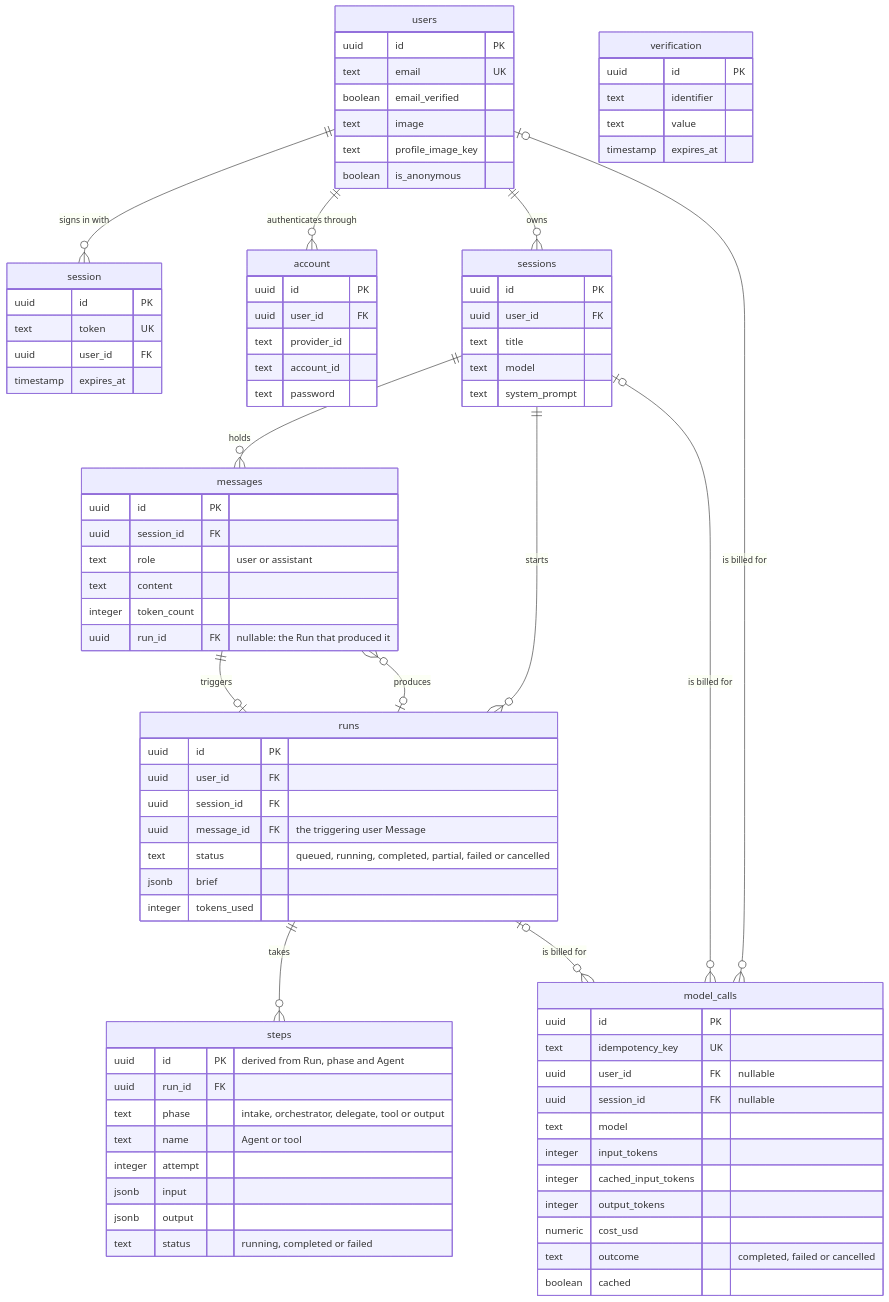
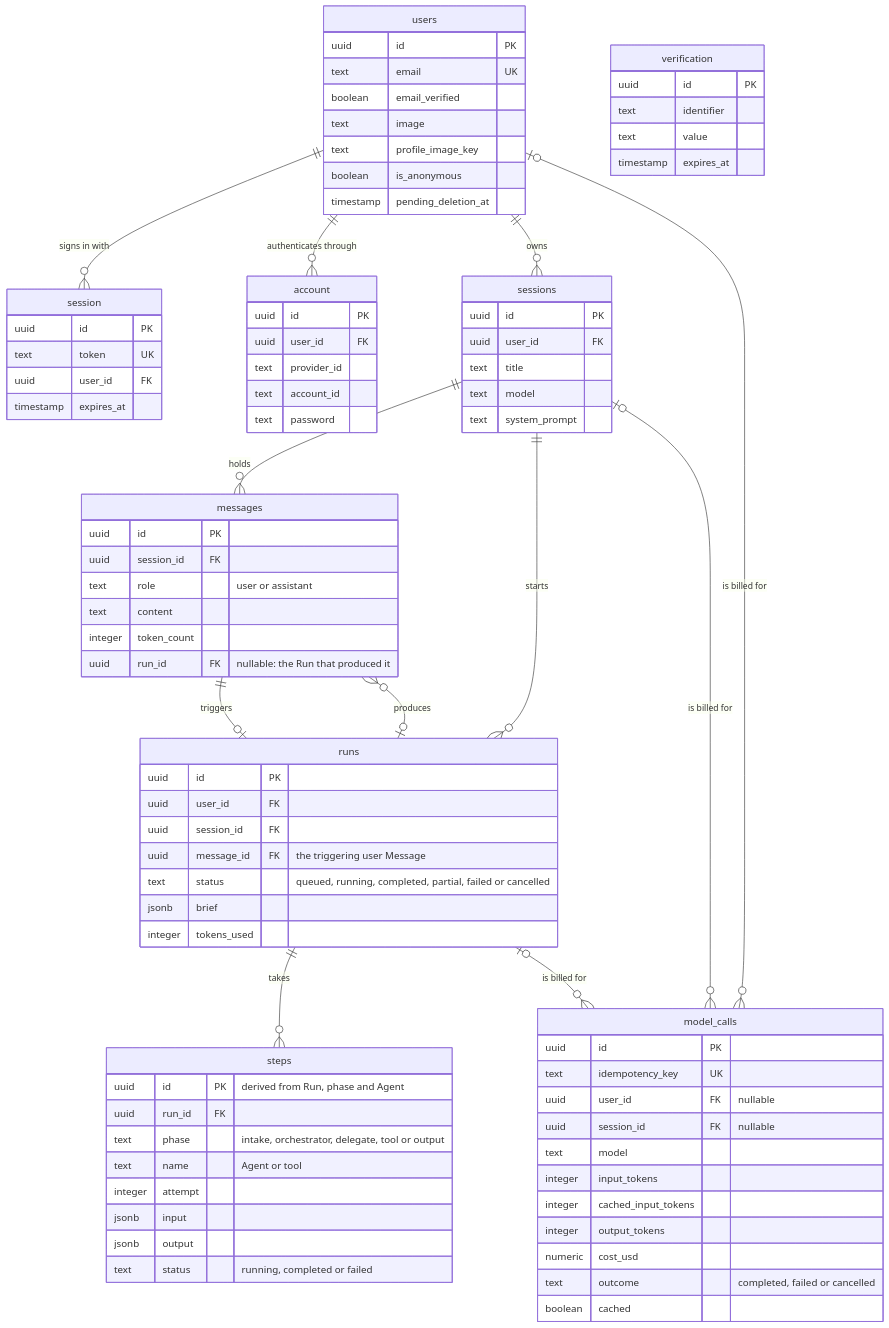
One commit to itsDaiton/nebula-chat changed the fifth of 9 diagrams in docs/architecture.md. Above: the diagram before and after it, drawn with Mermaid. The commit also changed 25 other files, not shown here.

Commit message:
feat(server): NEB-544 Account deletion starts a 30-day Pending deletion (#699)

```diff
--- a/docs/architecture.md
+++ b/docs/architecture.md
@@ -175,6 +175,7 @@
     text image
     text profile_image_key
     boolean is_anonymous
+    timestamp pending_deletion_at
   }
   session {
     uuid id PK
```
